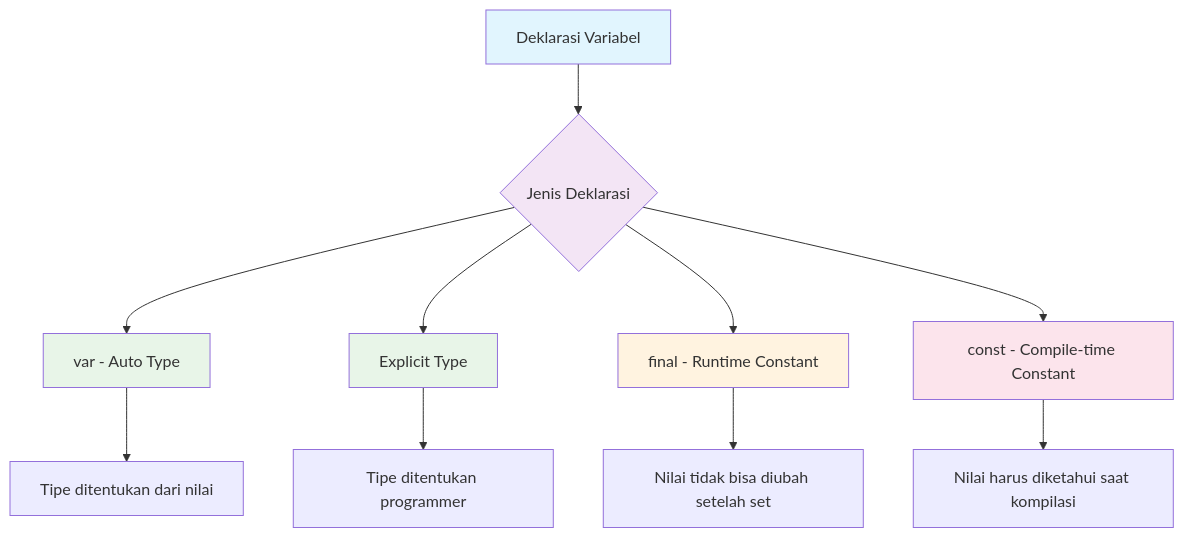
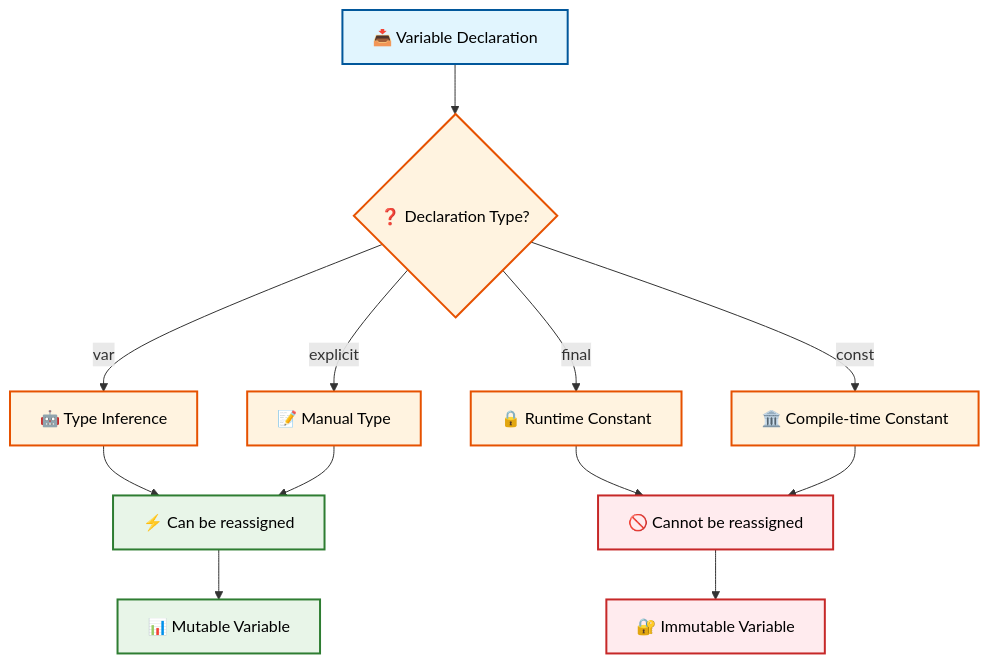
Before and after one commit to antonprafanto/flutter: the seventh of 14 diagrams in minggu1.md, drawn with Mermaid. The commit also changed other lines of this file, not shown here.

````diff
--- a/minggu1.md
+++ b/minggu1.md
@@ -269,20 +383,27 @@
 ```mermaid
 flowchart TD
-    A[Deklarasi Variabel] --> B{Jenis Deklarasi}
-    B --> C[var - Auto Type]
-    B --> D[Explicit Type]
-    B --> E[final - Runtime Constant]
-    B --> F[const - Compile-time Constant]
+    A[📥 Variable Declaration] --> B{❓ Declaration Type?}
+    B -->|var| C[🤖 Type Inference]
+    B -->|explicit| D[📝 Manual Type]
+    B -->|final| E[🔒 Runtime Constant]
+    B -->|const| F[🏛️ Compile-time Constant]
     
-    C --> G[Tipe ditentukan dari nilai]
-    D --> H[Tipe ditentukan programmer]
-    E --> I[Nilai tidak bisa diubah setelah set]
-    F --> J[Nilai harus diketahui saat kompilasi]
+    C --> G[⚡ Can be reassigned]
+    D --> G
+    E --> H[🚫 Cannot be reassigned]
+    F --> H
     
-    style A fill:#e1f5fe
-    style B fill:#f3e5f5
-    style C fill:#e8f5e8
-    style D fill:#e8f5e8
-    style E fill:#fff3e0
-    style F fill:#fce4ec
+    G --> I[📊 Mutable Variable]
+    H --> J[🔐 Immutable Variable]
+    
+    style A fill:#e1f5fe,stroke:#01579b,stroke-width:2px,color:#000
+    style B fill:#fff3e0,stroke:#e65100,stroke-width:2px,color:#000
+    style C fill:#fff3e0,stroke:#e65100,stroke-width:2px,color:#000
+    style D fill:#fff3e0,stroke:#e65100,stroke-width:2px,color:#000
+    style E fill:#fff3e0,stroke:#e65100,stroke-width:2px,color:#000
+    style F fill:#fff3e0,stroke:#e65100,stroke-width:2px,color:#000
+    style G fill:#e8f5e8,stroke:#2e7d32,stroke-width:2px,color:#000
+    style H fill:#ffebee,stroke:#c62828,stroke-width:2px,color:#000
+    style I fill:#e8f5e8,stroke:#2e7d32,stroke-width:2px,color:#000
+    style J fill:#ffebee,stroke:#c62828,stroke-width:2px,color:#000
 ```
````
